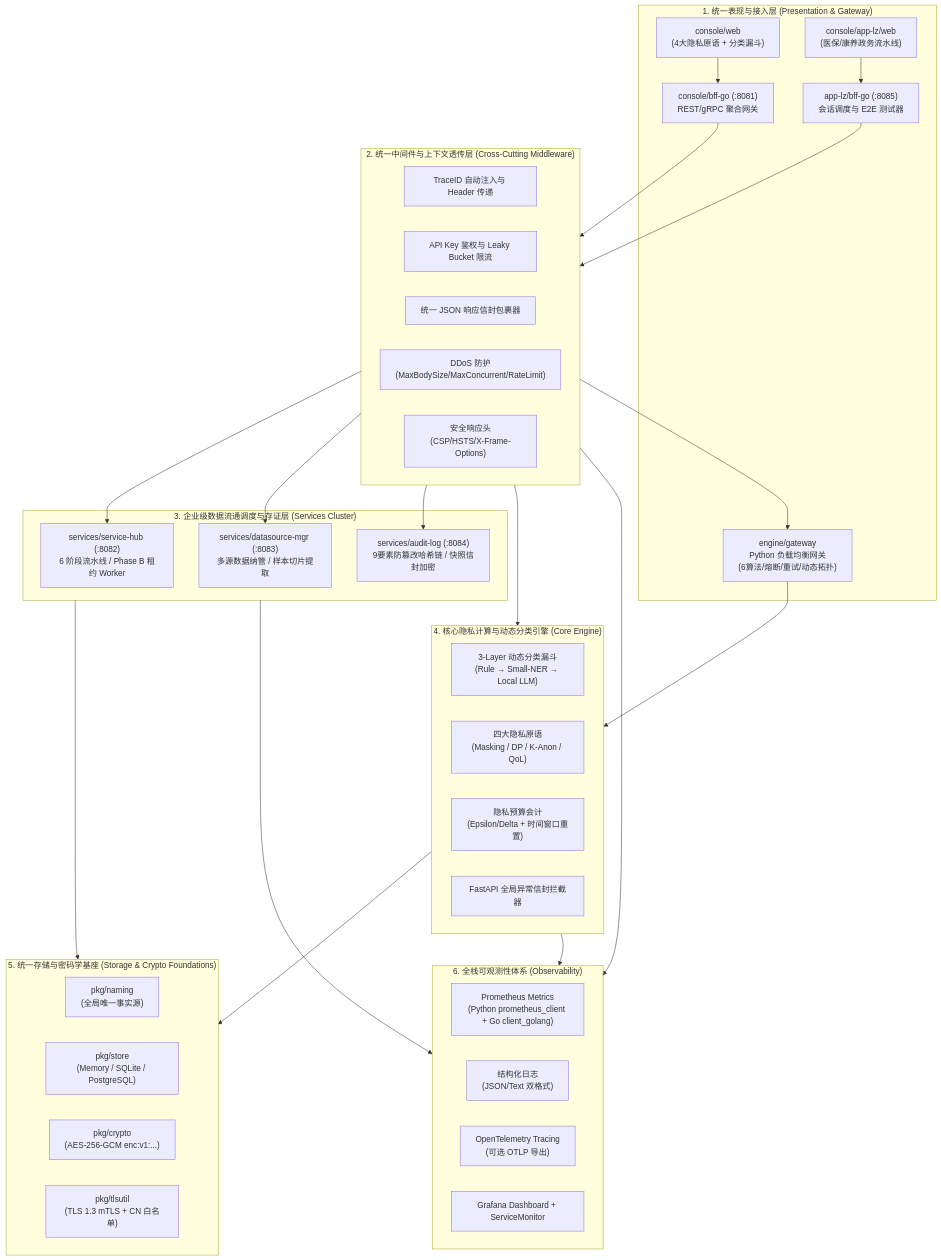
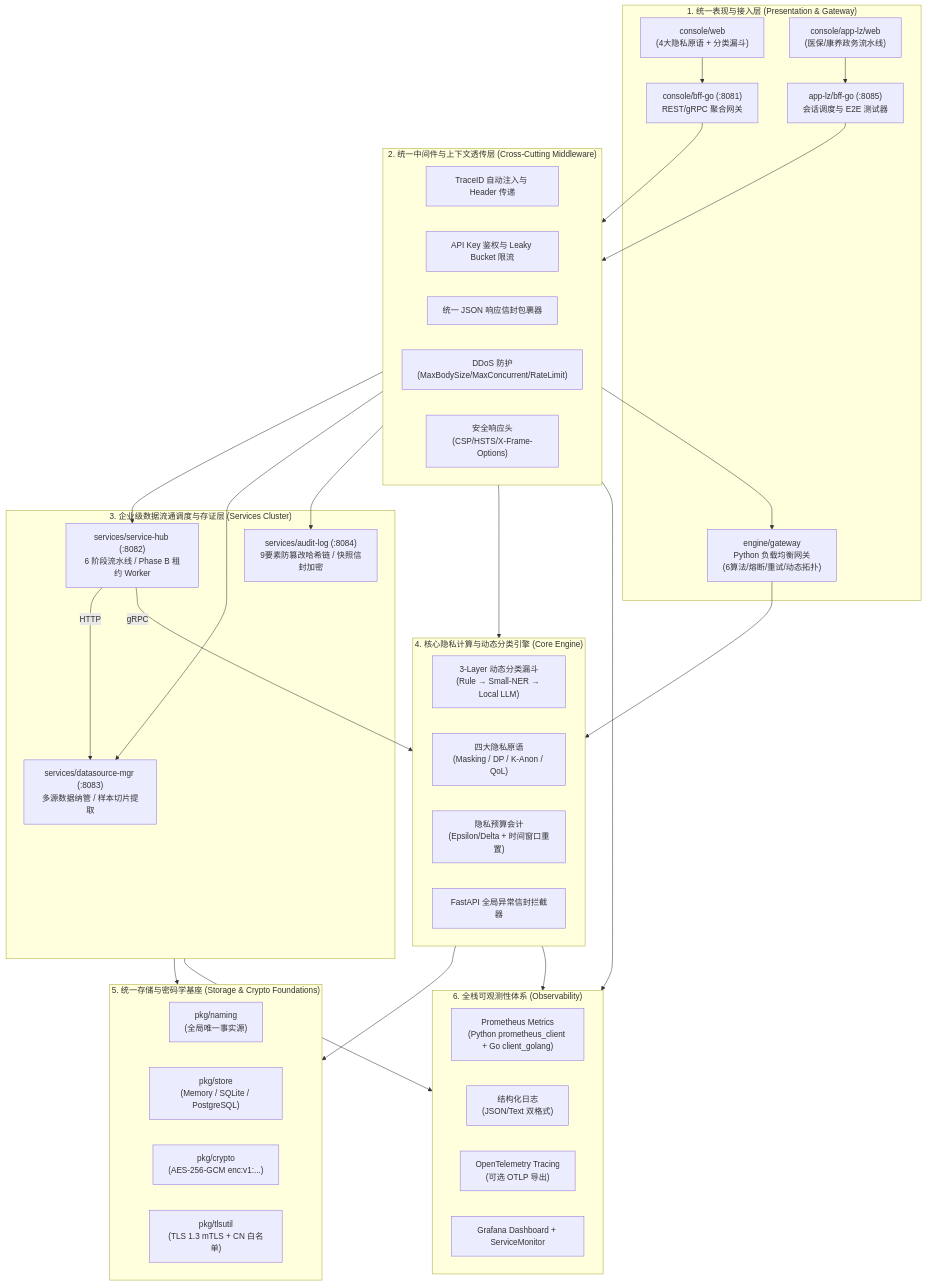
The diagram in docs/archive/unified_design.md (fengzhizi319/PrivShield), drawn with Mermaid before and after one commit. The commit also changed other lines of this file, not shown here.

First line of the commit message:
docs: 设计文档 v11.0 — 架构图补齐 + 快速参考卡 + 修订历史

````diff
--- a/docs/archive/unified_design.md
+++ b/docs/archive/unified_design.md
@@ -47,57 +47,59 @@
 ```mermaid
 flowchart TD
     subgraph LayerPresentation ["1. 统一表现与接入层 (Presentation & Gateway)"]
         WebFull["console/web<br/>(4大隐私原语 + 分类漏斗)"]
         WebAppLZ["console/app-lz/web<br/>(医保/康养政务流水线)"]
         BFFGo["console/bff-go (:8081)<br/>REST/gRPC 聚合网关"]
         BFFLZ["app-lz/bff-go (:8085)<br/>会话调度与 E2E 测试器"]
         PyGW["engine/gateway<br/>Python 负载均衡网关<br/>(6算法/熔断/重试/动态拓扑)"]
     end
 
     subgraph LayerMiddleware ["2. 统一中间件与上下文透传层 (Cross-Cutting Middleware)"]
         TraceMW["TraceID 自动注入与 Header 传递"]
         AuthMW["API Key 鉴权与 Leaky Bucket 限流"]
         EnvelopeMW["统一 JSON 响应信封包裹器"]
         DDoSMW["DDoS 防护<br/>(MaxBodySize/MaxConcurrent/RateLimit)"]
         SecHeaders["安全响应头<br/>(CSP/HSTS/X-Frame-Options)"]
     end
 
     subgraph LayerGovernance ["3. 企业级数据流通调度与存证层 (Services Cluster)"]
         Hub["services/service-hub (:8082)<br/>6 阶段流水线 / Phase B 租约 Worker"]
         DSMgr["services/datasource-mgr (:8083)<br/>多源数据纳管 / 样本切片提取"]
         Audit["services/audit-log (:8084)<br/>9要素防篡改哈希链 / 快照信封加密"]
     end
 
     subgraph LayerCoreCompute ["4. 核心隐私计算与动态分类引擎 (Core Engine)"]
         Funnel["3-Layer 动态分类漏斗<br/>(Rule → Small-NER → Local LLM)"]
         Primitives["四大隐私原语<br/>(Masking / DP / K-Anon / QoL)"]
         Budget["隐私预算会计<br/>(Epsilon/Delta + 时间窗口重置)"]
         EngineMW["FastAPI 全局异常信封拦截器"]
     end
 
     subgraph LayerStorageSecurity ["5. 统一存储与密码学基座 (Storage & Crypto Foundations)"]
         SSOT["pkg/naming<br/>(全局唯一事实源)"]
         StoreFacade["pkg/store<br/>(Memory / SQLite / PostgreSQL)"]
         EnvelopeCrypto["pkg/crypto<br/>(AES-256-GCM enc:v1:...)"]
         mTLSAuth["pkg/tlsutil<br/>(TLS 1.3 mTLS + CN 白名单)"]
     end
 
     subgraph LayerObservability ["6. 全栈可观测性体系 (Observability)"]
         Metrics["Prometheus Metrics<br/>(Python prometheus_client + Go client_golang)"]
         StructLog["结构化日志<br/>(JSON/Text 双格式)"]
         Tracing["OpenTelemetry Tracing<br/>(可选 OTLP 导出)"]
         Grafana["Grafana Dashboard + ServiceMonitor"]
     end
 
     WebFull --> BFFGo
     WebAppLZ --> BFFLZ
     BFFGo & BFFLZ --> LayerMiddleware
     LayerMiddleware --> Hub & DSMgr & Audit & LayerCoreCompute
     LayerMiddleware --> PyGW
     PyGW --> LayerCoreCompute
+    Hub -->|HTTP| DSMgr
+    Hub -->|gRPC| LayerCoreCompute
     LayerGovernance --> LayerStorageSecurity
     LayerCoreCompute --> LayerStorageSecurity
     LayerCoreCompute --> LayerObservability
     LayerGovernance --> LayerObservability
     LayerMiddleware --> LayerObservability
 ```
````
